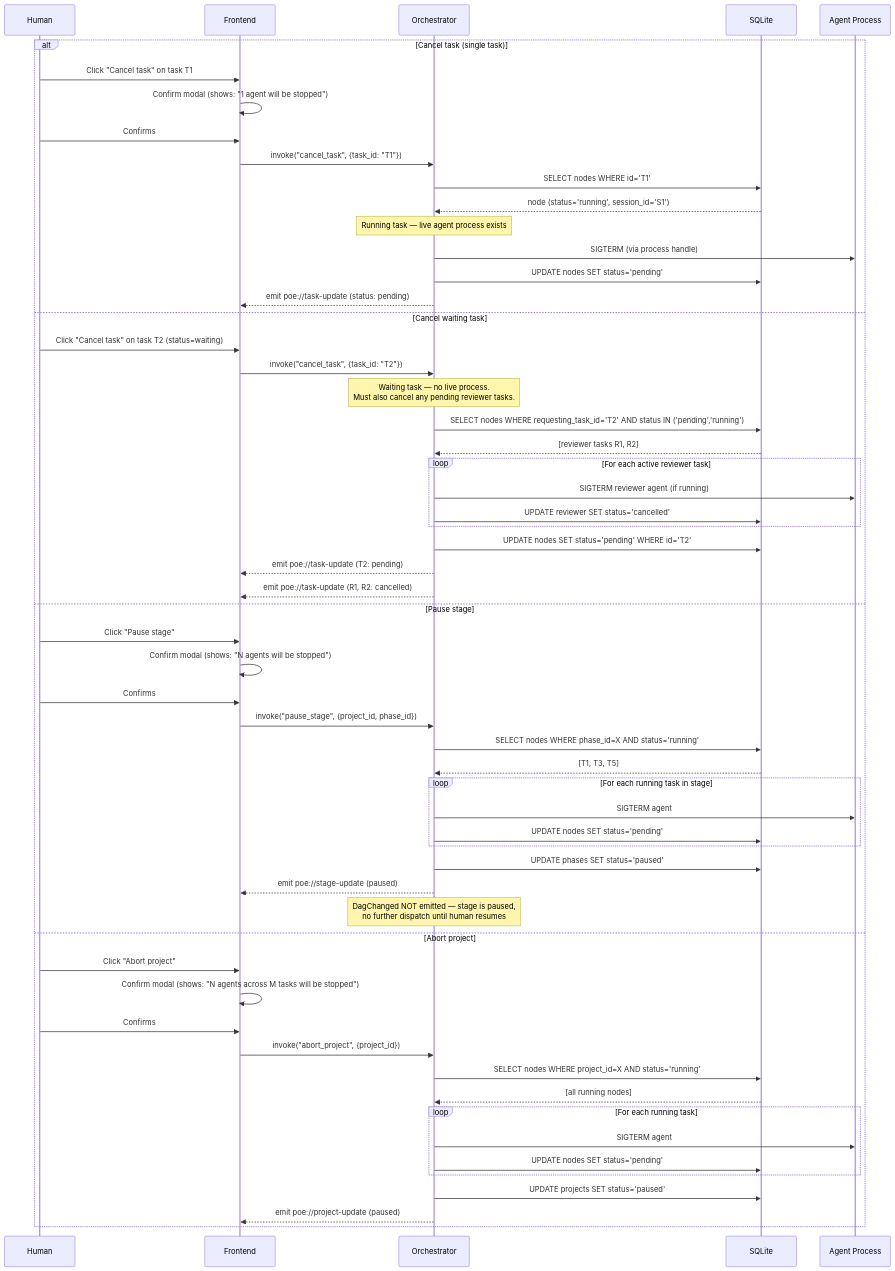
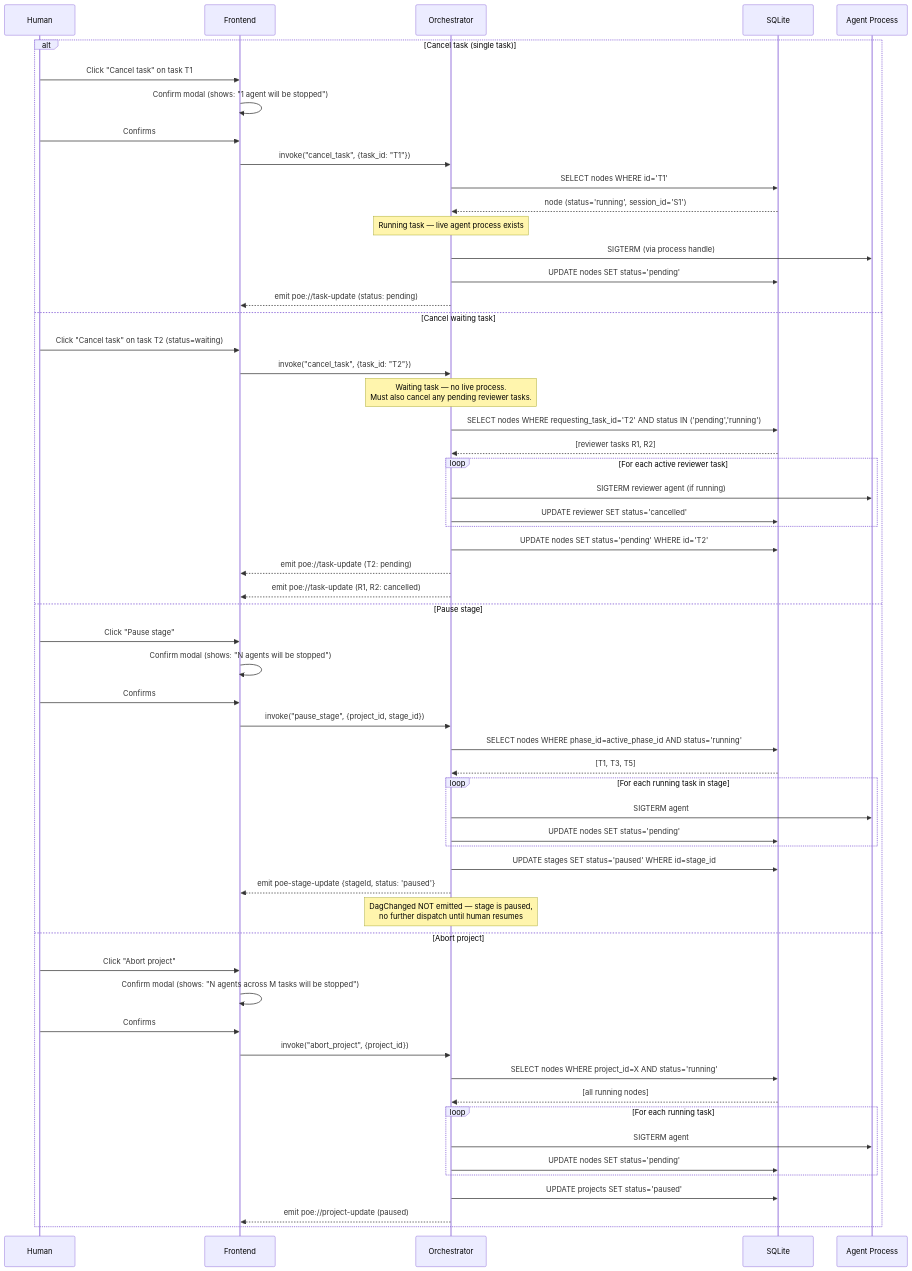
Before and after one commit to grant-traynor/bp6: the sixth of 10 diagrams in doc-POE/Flows.md, drawn with Mermaid. The commit also changed other lines of this file and 2 other files, not shown here.

First line of the commit message:
fix(docs): Phase/Stage model corrections across Flows.md and UX-Brief

````diff
--- a/doc-POE/Flows.md
+++ b/doc-POE/Flows.md
@@ -1003,80 +1003,80 @@
 ```mermaid
 sequenceDiagram
     participant Human as Human
     participant FE as Frontend
     participant Orch as Orchestrator
     participant DB as SQLite
     participant A as Agent Process
 
     alt Cancel task (single task)
         Human->>FE: Click "Cancel task" on task T1
         FE->>FE: Confirm modal (shows: "1 agent will be stopped")
         Human->>FE: Confirms
 
         FE->>Orch: invoke("cancel_task", {task_id: "T1"})
 
         Orch->>DB: SELECT nodes WHERE id='T1'
         DB-->>Orch: node (status='running', session_id='S1')
 
         Note over Orch: Running task — live agent process exists
         Orch->>A: SIGTERM (via process handle)
 
         Orch->>DB: UPDATE nodes SET status='pending'
         Orch-->>FE: emit poe://task-update (status: pending)
 
     else Cancel waiting task
         Human->>FE: Click "Cancel task" on task T2 (status=waiting)
         FE->>Orch: invoke("cancel_task", {task_id: "T2"})
 
         Note over Orch: Waiting task — no live process.<br/>Must also cancel any pending reviewer tasks.
 
         Orch->>DB: SELECT nodes WHERE requesting_task_id='T2' AND status IN ('pending','running')
         DB-->>Orch: [reviewer tasks R1, R2]
 
         loop For each active reviewer task
             Orch->>A: SIGTERM reviewer agent (if running)
             Orch->>DB: UPDATE reviewer SET status='cancelled'
         end
 
         Orch->>DB: UPDATE nodes SET status='pending' WHERE id='T2'
         Orch-->>FE: emit poe://task-update (T2: pending)
         Orch-->>FE: emit poe://task-update (R1, R2: cancelled)
 
     else Pause stage
         Human->>FE: Click "Pause stage"
         FE->>FE: Confirm modal (shows: "N agents will be stopped")
         Human->>FE: Confirms
 
-        FE->>Orch: invoke("pause_stage", {project_id, phase_id})
+        FE->>Orch: invoke("pause_stage", {project_id, stage_id})
 
-        Orch->>DB: SELECT nodes WHERE phase_id=X AND status='running'
+        Orch->>DB: SELECT nodes WHERE phase_id=active_phase_id AND status='running'
         DB-->>Orch: [T1, T3, T5]
 
         loop For each running task in stage
             Orch->>A: SIGTERM agent
             Orch->>DB: UPDATE nodes SET status='pending'
         end
 
-        Orch->>DB: UPDATE phases SET status='paused'
-        Orch-->>FE: emit poe://stage-update (paused)
+        Orch->>DB: UPDATE stages SET status='paused' WHERE id=stage_id
+        Orch-->>FE: emit poe-stage-update {stageId, status: 'paused'}
         Note over Orch: DagChanged NOT emitted — stage is paused,<br/>no further dispatch until human resumes
 
     else Abort project
         Human->>FE: Click "Abort project"
         FE->>FE: Confirm modal (shows: "N agents across M tasks will be stopped")
         Human->>FE: Confirms
 
         FE->>Orch: invoke("abort_project", {project_id})
 
         Orch->>DB: SELECT nodes WHERE project_id=X AND status='running'
         DB-->>Orch: [all running nodes]
 
         loop For each running task
             Orch->>A: SIGTERM agent
             Orch->>DB: UPDATE nodes SET status='pending'
         end
 
         Orch->>DB: UPDATE projects SET status='paused'
         Orch-->>FE: emit poe://project-update (paused)
     end
 ```
````
